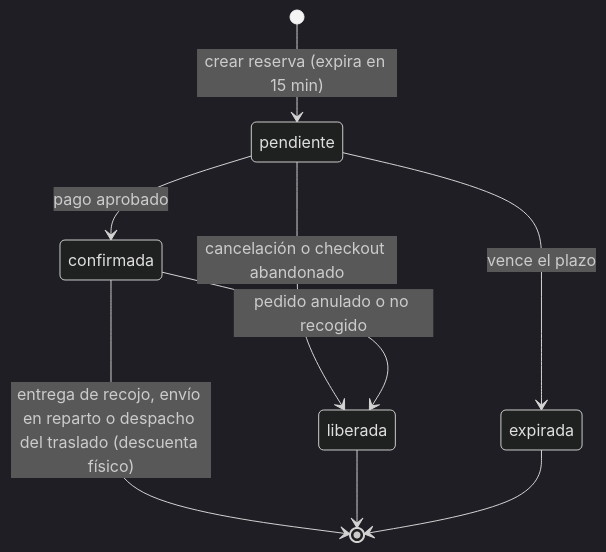
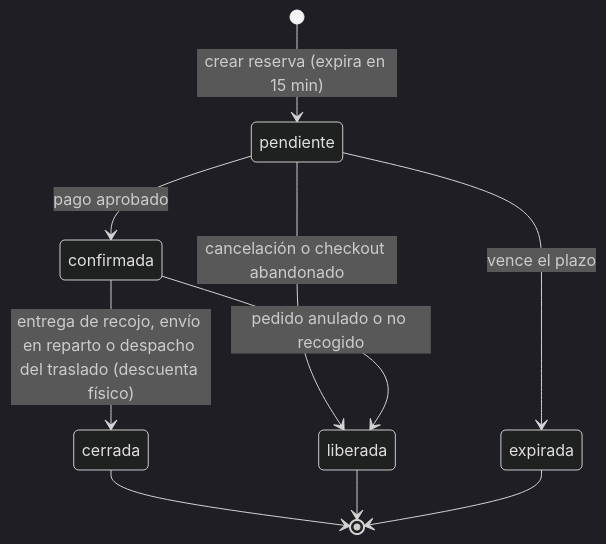
The first of 3 diagrams in docs/03-diseno-de-software/06-estados-y-concurrencia.md (P35C4D0R4B1050/BabelHub), drawn with Mermaid (dark theme) before and after one commit. The commit also changed other lines of this file and 4 other files, not shown here.

````diff
--- a/docs/03-diseno-de-software/06-estados-y-concurrencia.md
+++ b/docs/03-diseno-de-software/06-estados-y-concurrencia.md
@@ -9,11 +9,12 @@
 ```mermaid
 stateDiagram-v2
 [*] --> pendiente : crear reserva (expira en 15 min)
 pendiente --> confirmada : pago aprobado
 pendiente --> liberada : cancelación o checkout abandonado
 pendiente --> expirada : vence el plazo
 confirmada --> liberada : pedido anulado o no recogido
-confirmada --> [*] : entrega de recojo, envío en reparto o despacho del traslado (descuenta físico)
+confirmada --> cerrada : entrega de recojo, envío en reparto o despacho del traslado (descuenta físico)
+cerrada --> [*]
 liberada --> [*]
 expirada --> [*]
 ```
````
